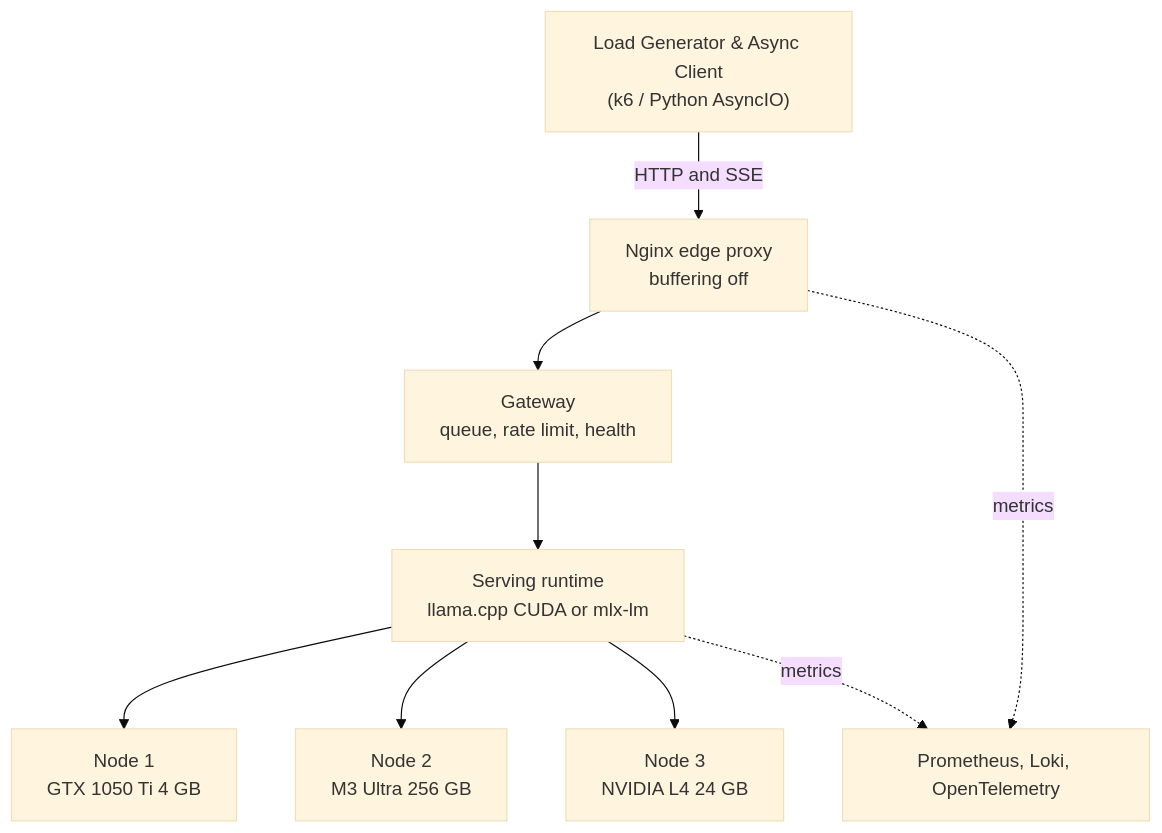
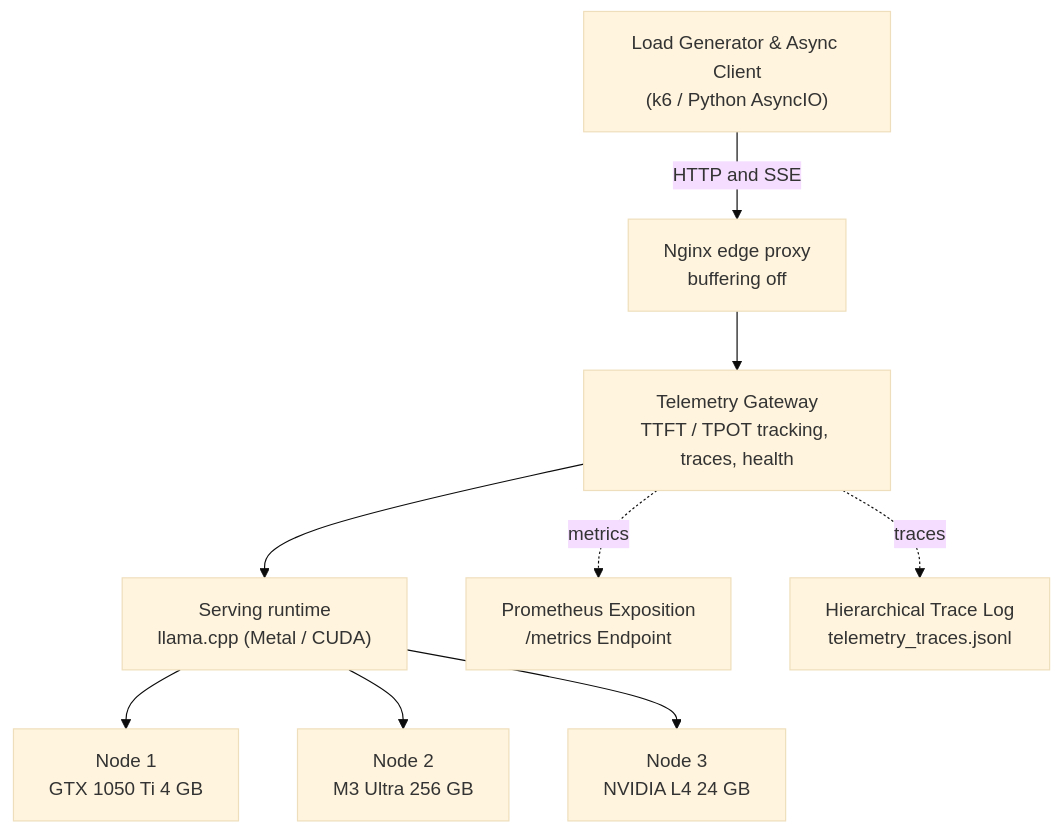
The diagram in README.md (srinivassarkar/ai-infra-systems), drawn with Mermaid (base theme) before and after one commit. The commit also changed other lines of this file and 3 other files, not shown here.

Commit message:
docs: align telemetry plane documentation with custom gateway implementation

````diff
--- a/README.md
+++ b/README.md
@@ -18,11 +18,11 @@
 ```mermaid
 flowchart TD
     CL["Load Generator & Async Client<br/>(k6 / Python AsyncIO)"] -->|HTTP and SSE| NG["Nginx edge proxy<br/>buffering off"]
-    NG --> GW["Gateway<br/>queue, rate limit, health"]
-    GW --> RT["Serving runtime<br/>llama.cpp CUDA or mlx-lm"]
+    NG --> GW["Telemetry Gateway<br/>TTFT / TPOT tracking, traces, health"]
+    GW --> RT["Serving runtime<br/>llama.cpp (Metal / CUDA)"]
     RT --> N1["Node 1<br/>GTX 1050 Ti 4 GB"]
     RT --> N2["Node 2<br/>M3 Ultra 256 GB"]
     RT --> N3["Node 3<br/>NVIDIA L4 24 GB"]
-    RT -. metrics .-> OB["Prometheus, Loki, OpenTelemetry"]
-    NG -. metrics .-> OB
+    GW -. metrics .-> EX["Prometheus Exposition<br/>/metrics Endpoint"]
+    GW -. traces .-> TR["Hierarchical Trace Log<br/>telemetry_traces.jsonl"]
 ```
````
